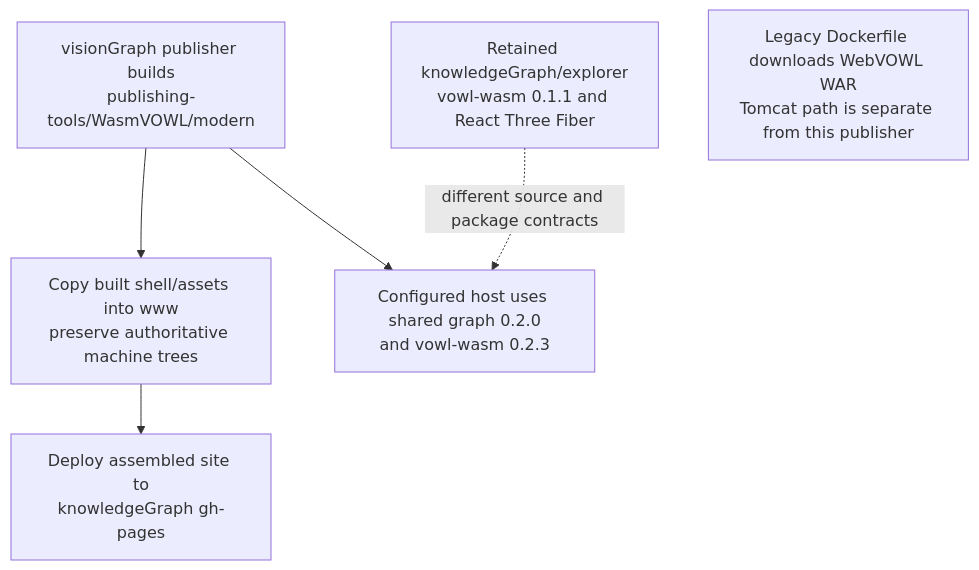
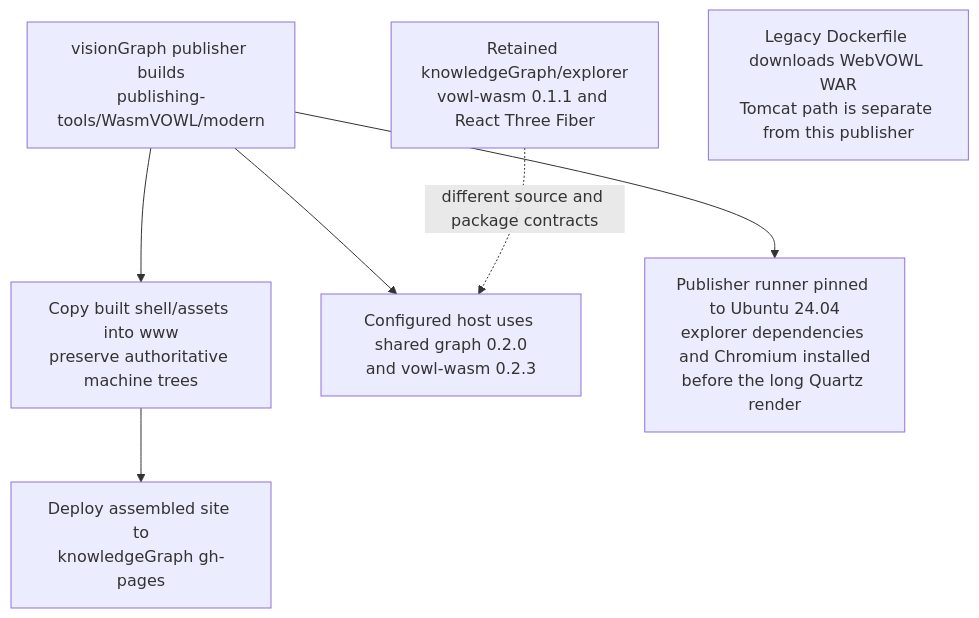
One commit to DreamLab-AI/VisionFlow changed the first of 6 diagrams in docs/diagrams/visiongraph/06-shipping-explorer-duplication.md. Above: the diagram before and after it, drawn with Mermaid. The commit also changed other lines of this file and 70 other files, not shown here.

First line of the commit message:
docs(diagrams): re-verify 69 topics at current default-branch heads

````diff
--- a/docs/diagrams/visiongraph/06-shipping-explorer-duplication.md
+++ b/docs/diagrams/visiongraph/06-shipping-explorer-duplication.md
@@ -42,17 +42,21 @@
 ```mermaid
 flowchart TB
-    %% Source: ../visionGraph/.github/workflows/publish.yml:430
+    %% Source: ../visionGraph/.github/workflows/publish.yml:441
     A["visionGraph publisher builds<br/>publishing-tools/WasmVOWL/modern"]
-    %% Source: ../visionGraph/.github/workflows/publish.yml:450
+    %% Source: ../visionGraph/.github/workflows/publish.yml:460
     A --> B["Copy built shell/assets into www<br/>preserve authoritative machine trees"]
-    %% Source: ../visionGraph/.github/workflows/publish.yml:535
+    %% Source: ../visionGraph/.github/workflows/publish.yml:544
     B --> C["Deploy assembled site to<br/>knowledgeGraph gh-pages"]
     %% Source: ../knowledgeGraph/explorer/modern/package.json:20
     D["Retained knowledgeGraph/explorer<br/>vowl-wasm 0.1.1 and React Three Fiber"]
     %% Source: ../visionGraph/publishing-tools/WasmVOWL/modern/package.json:24
     A --> E["Configured host uses shared graph 0.2.0<br/>and vowl-wasm 0.2.3"]
     D -.->|"different source and package contracts"| E
     %% Source: ../visionGraph/publishing-tools/WasmVOWL/Dockerfile:6
     %% Source: ../visionGraph/publishing-tools/WasmVOWL/Dockerfile:13
     F["Legacy Dockerfile downloads WebVOWL WAR<br/>Tomcat path is separate from this publisher"]
+    %% Source: ../visionGraph/.github/workflows/publish.yml:57
+    %% Source: ../visionGraph/.github/workflows/publish.yml:335
+    H["Publisher runner pinned to Ubuntu 24.04<br/>explorer dependencies and Chromium installed<br/>before the long Quartz render"]
+    A --> H
 ```
````
